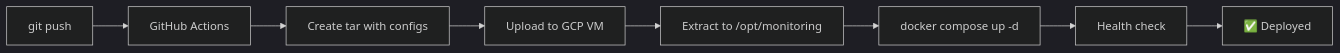
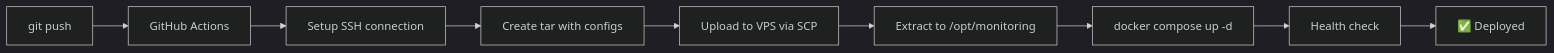
One commit to proflyder/infra-monitoring changed the diagram in README.md. Above: the diagram before and after it, drawn with Mermaid (dark theme). The commit also changed other lines of this file and 16 other files, not shown here.

````diff
--- a/README.md
+++ b/README.md
@@ -432,10 +461,11 @@
 ```mermaid
 graph LR
     A[git push] --> B[GitHub Actions]
-    B --> C[Create tar with configs]
-    C --> D[Upload to GCP VM]
-    D --> E[Extract to /opt/monitoring]
-    E --> F[docker compose up -d]
-    F --> G[Health check]
-    G --> H[✅ Deployed]
+    B --> C[Setup SSH connection]
+    C --> D[Create tar with configs]
+    D --> E[Upload to VPS via SCP]
+    E --> F[Extract to /opt/monitoring]
+    F --> G[docker compose up -d]
+    G --> H[Health check]
+    H --> I[✅ Deployed]
 ```
````
